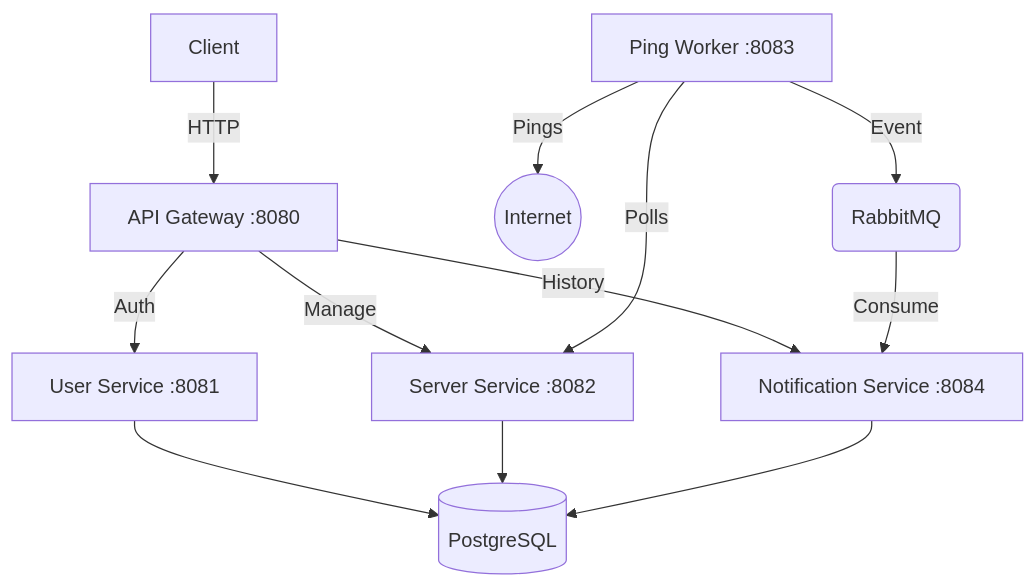
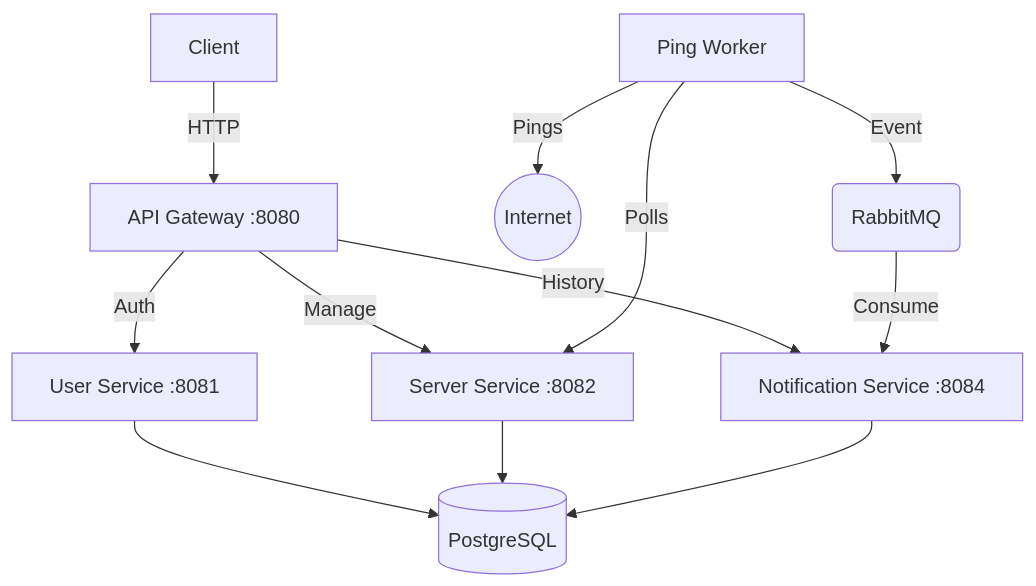
The diagram in README.md (SlavikHom/StaSHus), drawn with Mermaid before and after one commit. The commit also changed other lines of this file and 4 other files, not shown here.

````diff
--- a/README.md
+++ b/README.md
@@ -40,17 +38,17 @@
 ```mermaid
 graph TD
     Client[Client] -->|HTTP| Gateway[API Gateway :8080]
     Gateway -->|Auth| User[User Service :8081]
     Gateway -->|Manage| Server[Server Service :8082]
     Gateway -->|History| Notif[Notification Service :8084]
     
-    Ping[Ping Worker :8083] -- Polls --> Server
+    Ping[Ping Worker] -- Polls --> Server
     Ping -- Pings --> Internet((Internet))
     Ping -- Event --> RMQ(RabbitMQ)
     
     RMQ -- Consume --> Notif
     
     User --> DB[(PostgreSQL)]
     Server --> DB
     Notif --> DB
 ```
````
